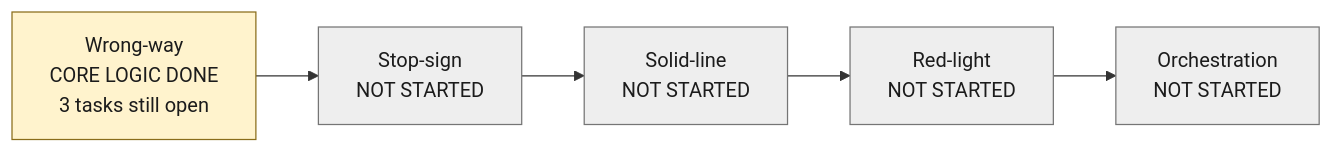
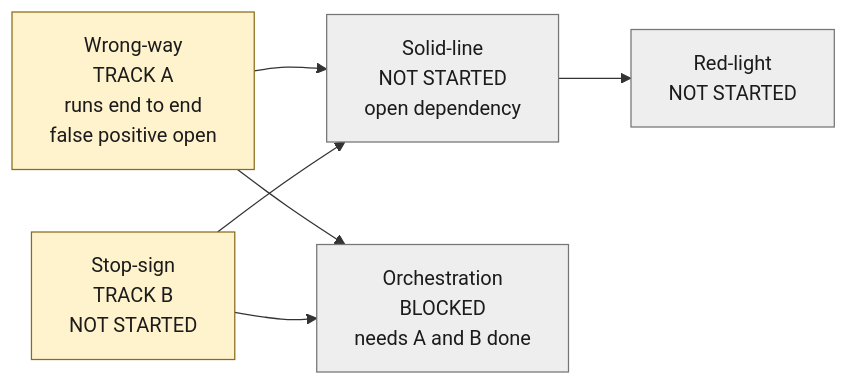
Before and after one commit to Arielevi15/Crime_Traffic_Dedector: the second of 3 diagrams in md/ARCHITECTURE.md, drawn with Mermaid. The commit also changed other lines of this file and 2 other files, not shown here.

````diff
--- a/md/ARCHITECTURE.md
+++ b/md/ARCHITECTURE.md
@@ -34,12 +34,13 @@
 ```mermaid
 flowchart LR
-    A[Wrong-way<br/>CORE LOGIC DONE<br/>3 tasks still open] --> B[Stop-sign<br/>NOT STARTED]
-    B --> C[Solid-line<br/>NOT STARTED]
+    A[Wrong-way<br/>TRACK A<br/>runs end to end<br/>false positive open] --> C[Solid-line<br/>NOT STARTED<br/>open dependency]
+    B[Stop-sign<br/>TRACK B<br/>NOT STARTED] --> C
     C --> D[Red-light<br/>NOT STARTED]
-    D --> E[Orchestration<br/>NOT STARTED]
+    A --> E[Orchestration<br/>BLOCKED<br/>needs A and B done]
+    B --> E
 
     classDef partial fill:#fff3cd,stroke:#8a6d1a,color:#1b1b1b
     classDef todo fill:#eeeeee,stroke:#757575,color:#1b1b1b
-    class A partial
-    class B,C,D,E todo
+    class A,B partial
+    class C,D,E todo
 ```
````
